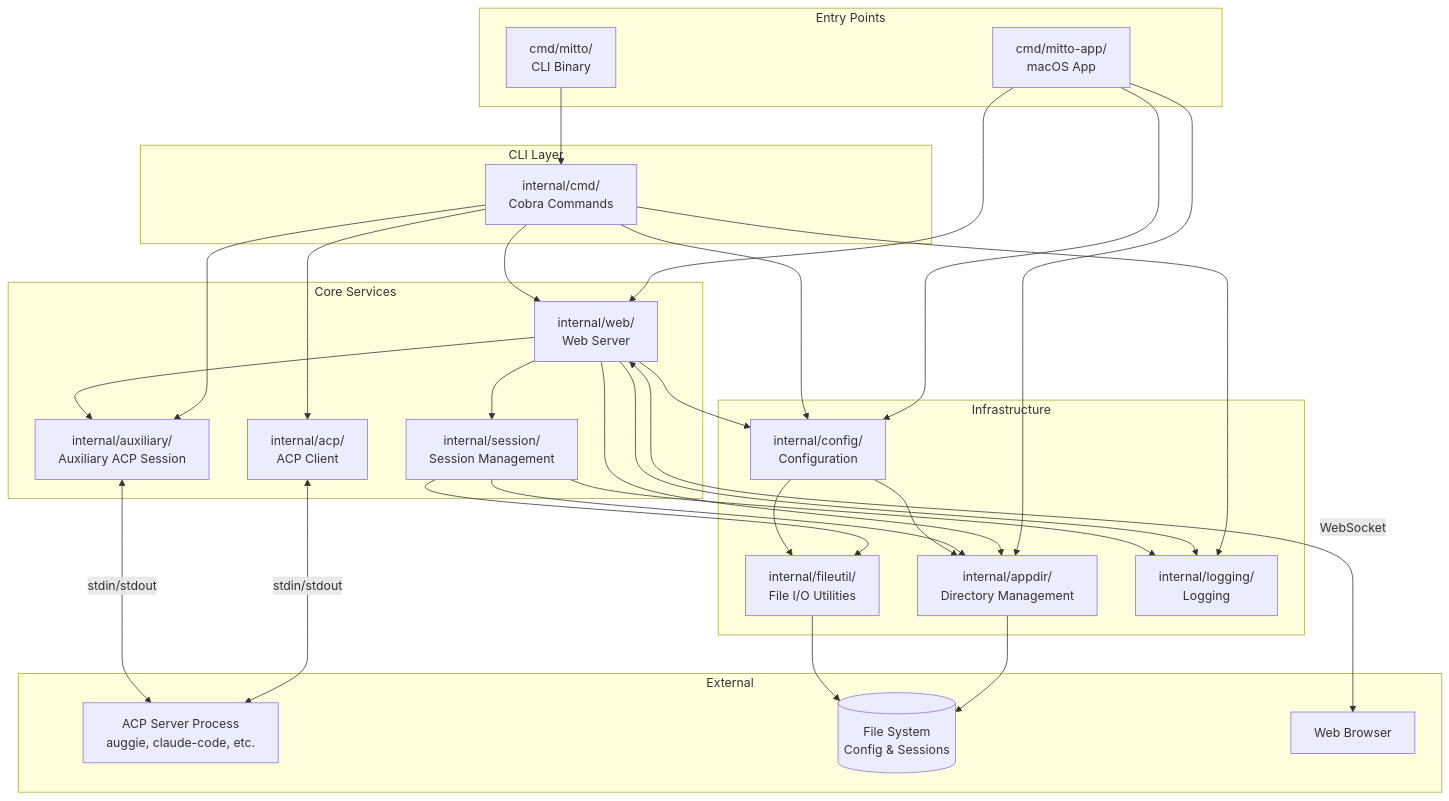
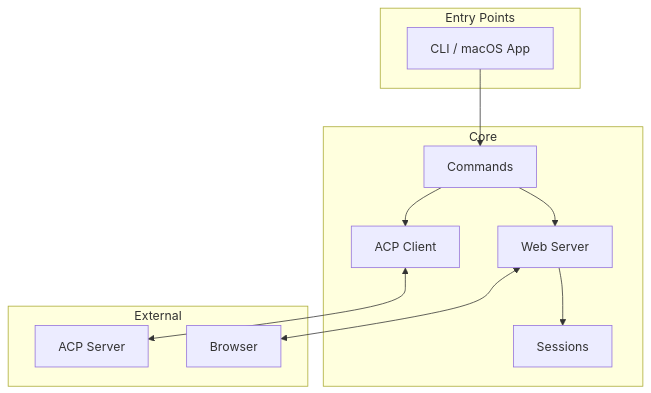
Before and after one commit to inercia/mitto: the first of 16 diagrams in docs/architecture.md, drawn with Mermaid. The commit also changed other lines of this file and 3 other files, not shown here.

Commit message:
docs: update architecture documentation and rules

````diff
--- a/docs/architecture.md
+++ b/docs/architecture.md
@@ -11,63 +11,25 @@
 ```mermaid
 graph TB
     subgraph "Entry Points"
-        MITTO[cmd/mitto/<br/>CLI Binary]
-        MITTOAPP[cmd/mitto-app/<br/>macOS App]
+        CLI[CLI / macOS App]
     end
 
-    subgraph "CLI Layer"
-        CMD[internal/cmd/<br/>Cobra Commands]
-    end
-
-    subgraph "Core Services"
-        ACP[internal/acp/<br/>ACP Client]
-        WEBPKG[internal/web/<br/>Web Server]
-        SES[internal/session/<br/>Session Management]
-        AUX[internal/auxiliary/<br/>Auxiliary ACP Session]
-    end
-
-    subgraph "Infrastructure"
-        CFG[internal/config/<br/>Configuration]
-        APPDIR[internal/appdir/<br/>Directory Management]
-        FILEUTIL[internal/fileutil/<br/>File I/O Utilities]
-        LOG[internal/logging/<br/>Logging]
+    subgraph "Core"
+        CMD[Commands]
+        ACP[ACP Client]
+        WEB[Web Server]
+        SES[Sessions]
     end
 
     subgraph "External"
-        AGENT[ACP Server Process<br/>auggie, claude-code, etc.]
-        FS[(File System<br/>Config & Sessions)]
-        BROWSER[Web Browser]
+        AGENT[ACP Server]
+        BROWSER[Browser]
     end
 
-    %% Entry point dependencies
-    MITTO --> CMD
-    MITTOAPP --> WEBPKG
-    MITTOAPP --> CFG
-    MITTOAPP --> APPDIR
-
-    %% CMD dependencies
+    CLI --> CMD
     CMD --> ACP
-    CMD --> WEBPKG
-    CMD --> CFG
-    CMD --> AUX
-    CMD --> LOG
-
-    %% Core service dependencies
-    WEBPKG --> SES
-    WEBPKG --> CFG
-    WEBPKG --> AUX
-    WEBPKG --> APPDIR
-    WEBPKG --> LOG
-    SES --> FILEUTIL
-    SES --> APPDIR
-    SES --> LOG
-    CFG --> APPDIR
-    CFG --> FILEUTIL
-
-    %% External connections
-    ACP <-->|stdin/stdout| AGENT
-    AUX <-->|stdin/stdout| AGENT
-    WEBPKG <-->|WebSocket| BROWSER
-    APPDIR --> FS
-    FILEUTIL --> FS
+    CMD --> WEB
+    WEB --> SES
+    ACP <--> AGENT
+    WEB <--> BROWSER
 ```
````
